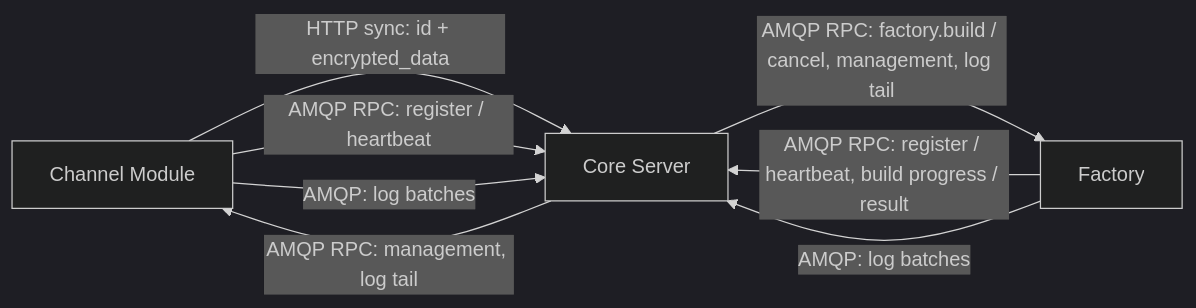
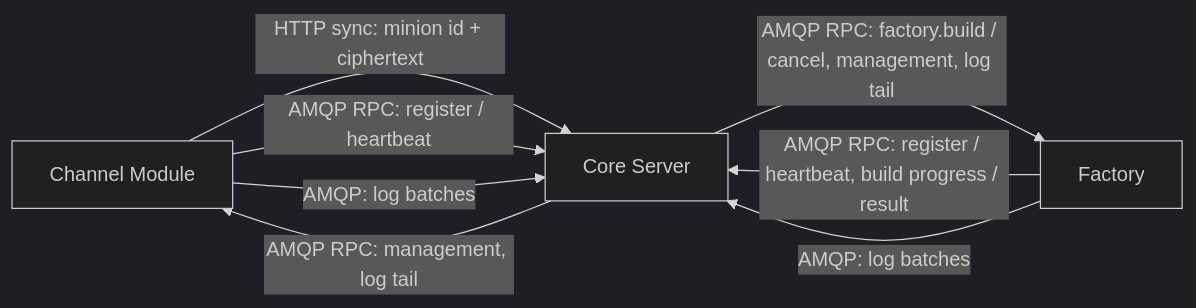
The diagram in src/content/docs/contracts/overview.md (LogosCore/logos-docs), drawn with Mermaid (dark theme) before and after one commit. The commit also changed other lines of this file and 8 other files, not shown here.

First line of the commit message:
HTTP sync: the raw-body contract replaces the JSON envelope across the docs

````diff
--- a/src/content/docs/contracts/overview.md
+++ b/src/content/docs/contracts/overview.md
@@ -52,14 +53,14 @@
 ```mermaid
 graph LR
     CH[Channel Module]
     CS[Core Server]
     IP[Factory]
 
-    CH -- "HTTP sync: id + encrypted_data" --> CS
+    CH -- "HTTP sync: minion id + ciphertext" --> CS
     CH -- "AMQP RPC: register / heartbeat" --> CS
     CS -- "AMQP RPC: management, log tail" --> CH
     CH -- "AMQP: log batches" --> CS
     IP -- "AMQP RPC: register / heartbeat, build progress / result" --> CS
     CS -- "AMQP RPC: factory.build / cancel, management, log tail" --> IP
     IP -- "AMQP: log batches" --> CS
 ```
````
